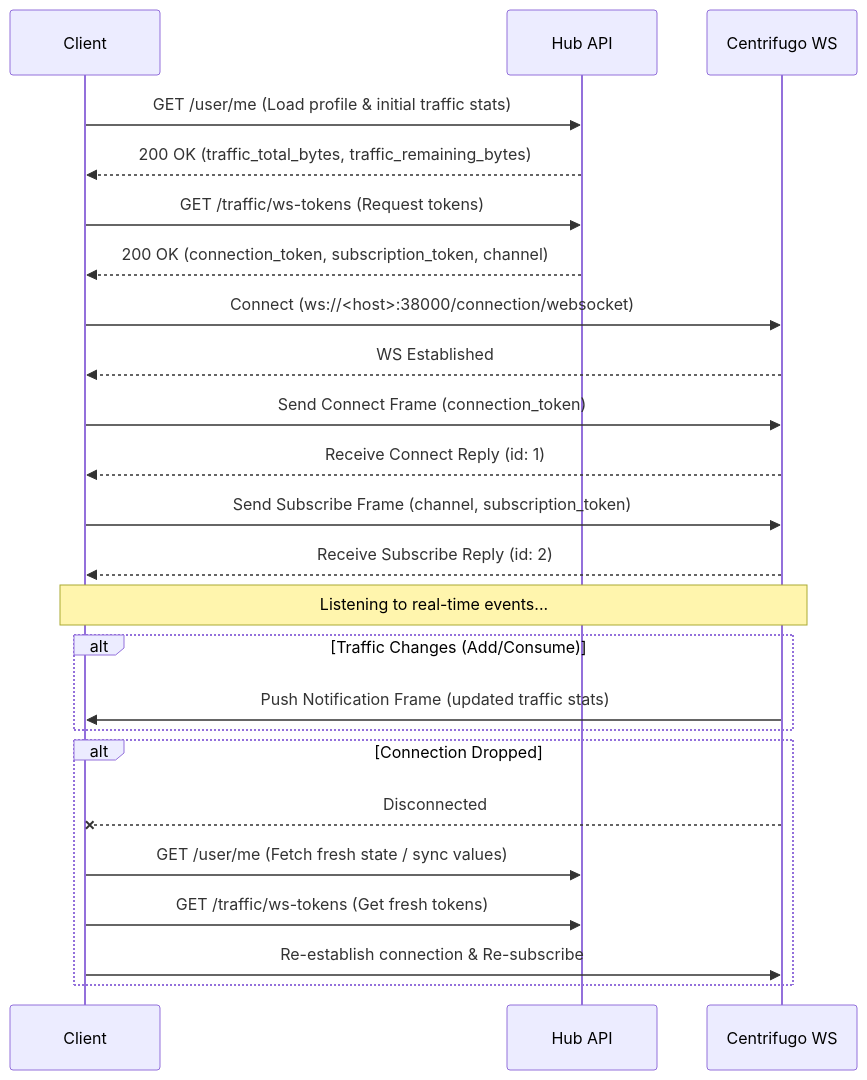
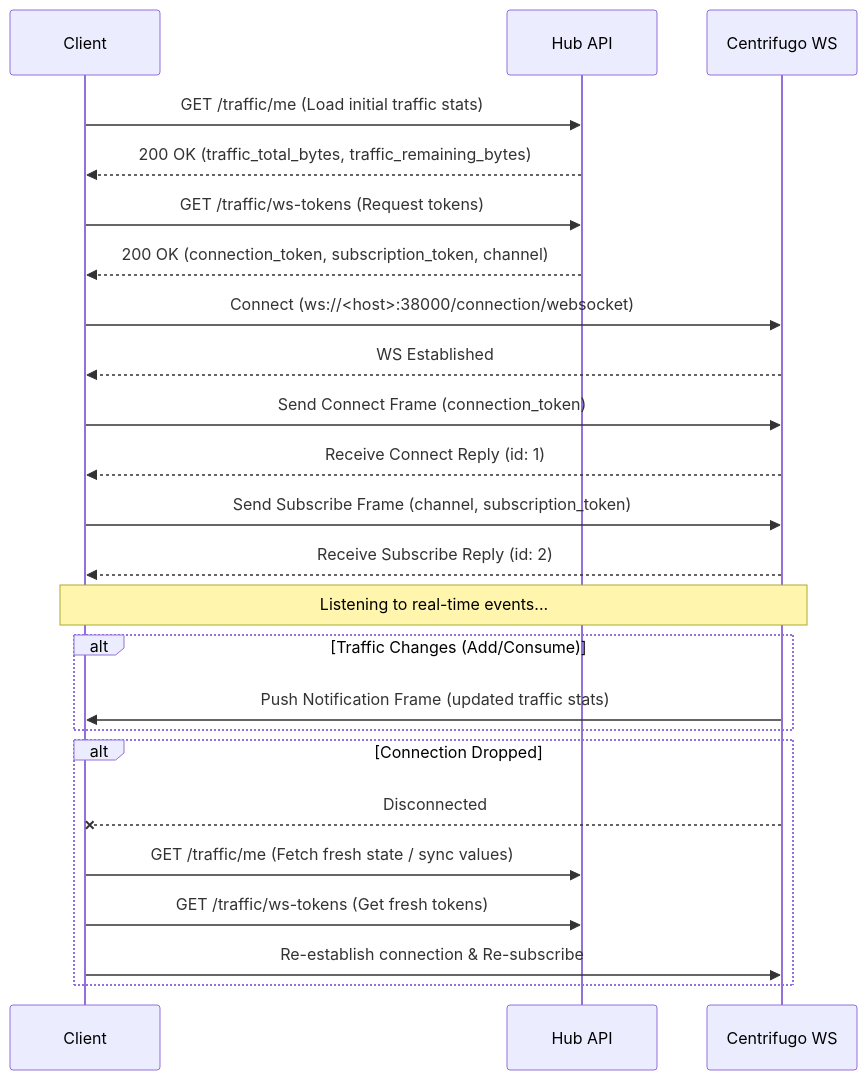
The diagram in docs/traffic_websockets.en.md (theorynow/AstrexVPN-server-hub), drawn with Mermaid before and after one commit. The commit also changed other lines of this file and 18 other files, not shown here.

````diff
--- a/docs/traffic_websockets.en.md
+++ b/docs/traffic_websockets.en.md
@@ -9,34 +9,34 @@
 ```mermaid
 sequenceDiagram
     participant Client
     participant Hub API
     participant Centrifugo WS
 
-    Client->>Hub API: GET /user/me (Load profile & initial traffic stats)
+    Client->>Hub API: GET /traffic/me (Load initial traffic stats)
     Hub API-->>Client: 200 OK (traffic_total_bytes, traffic_remaining_bytes)
     
     Client->>Hub API: GET /traffic/ws-tokens (Request tokens)
     Hub API-->>Client: 200 OK (connection_token, subscription_token, channel)
     
     Client->>Centrifugo WS: Connect (ws://<host>:38000/connection/websocket)
     Centrifugo WS-->>Client: WS Established
     
     Client->>Centrifugo WS: Send Connect Frame (connection_token)
     Centrifugo WS-->>Client: Receive Connect Reply (id: 1)
     
     Client->>Centrifugo WS: Send Subscribe Frame (channel, subscription_token)
     Centrifugo WS-->>Client: Receive Subscribe Reply (id: 2)
     
     Note over Client, Centrifugo WS: Listening to real-time events...
     
     alt Traffic Changes (Add/Consume)
         Centrifugo WS->>Client: Push Notification Frame (updated traffic stats)
     end
     
     alt Connection Dropped
         Centrifugo WS--xClient: Disconnected
-        Client->>Hub API: GET /user/me (Fetch fresh state / sync values)
+        Client->>Hub API: GET /traffic/me (Fetch fresh state / sync values)
         Client->>Hub API: GET /traffic/ws-tokens (Get fresh tokens)
         Client->>Centrifugo WS: Re-establish connection & Re-subscribe
     end
 ```
````
